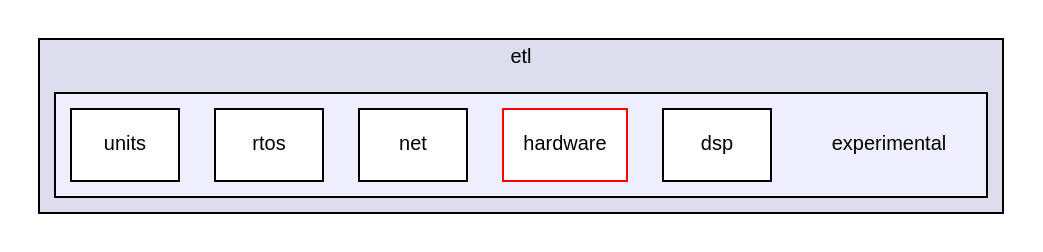
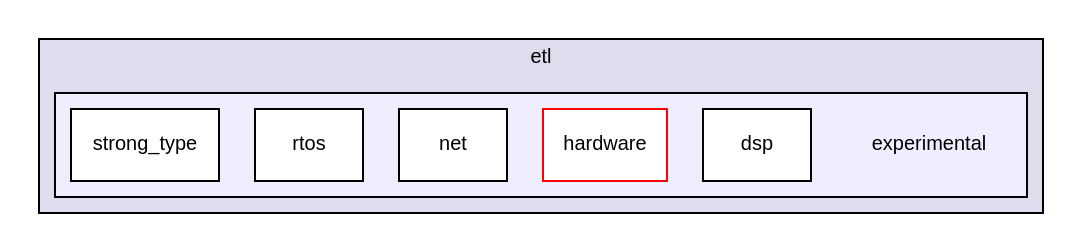
Before and after one commit to tobanteAudio/taetl: the diagram in dir_73b97fca5b9ab7da5e69d28caee4b05d_dep.dot, drawn with Graphviz. The commit also changed 187 other files, not shown here.

```diff
--- a/dir_73b97fca5b9ab7da5e69d28caee4b05d_dep.dot
+++ b/dir_73b97fca5b9ab7da5e69d28caee4b05d_dep.dot
@@ -1,17 +1,17 @@
 digraph "/home/travis/build/tobanteAudio/taetl/etl/experimental" {
   compound=true
   node [ fontsize="10", fontname="Helvetica"];
   edge [ labelfontsize="10", labelfontname="Helvetica"];
   subgraph clusterdir_6adb7a8b31c129f1821662822662f63e {
     graph [ bgcolor="#ddddee", pencolor="black", label="etl" fontname="Helvetica", fontsize="10", URL="dir_6adb7a8b31c129f1821662822662f63e.html"]
   subgraph clusterdir_73b97fca5b9ab7da5e69d28caee4b05d {
     graph [ bgcolor="#eeeeff", pencolor="black", label="" URL="dir_73b97fca5b9ab7da5e69d28caee4b05d.html"];
     dir_73b97fca5b9ab7da5e69d28caee4b05d [shape=plaintext label="experimental"];
     dir_5189e61c6c9dcd11df57c7bd364c724f [shape=box label="dsp" color="black" fillcolor="white" style="filled" URL="dir_5189e61c6c9dcd11df57c7bd364c724f.html"];
     dir_a8cf1f17d7129ce179ef3761c8a177c4 [shape=box label="hardware" color="red" fillcolor="white" style="filled" URL="dir_a8cf1f17d7129ce179ef3761c8a177c4.html"];
     dir_398280f5c0adf6015fcc5e44c44977d7 [shape=box label="net" color="black" fillcolor="white" style="filled" URL="dir_398280f5c0adf6015fcc5e44c44977d7.html"];
     dir_03745a24ac2f70bf7445f82c4befbdf5 [shape=box label="rtos" color="black" fillcolor="white" style="filled" URL="dir_03745a24ac2f70bf7445f82c4befbdf5.html"];
-    dir_983178ed2aeab3fc20e6aaeed68c877b [shape=box label="units" color="black" fillcolor="white" style="filled" URL="dir_983178ed2aeab3fc20e6aaeed68c877b.html"];
+    dir_dcce456d1e55d2b9ee1738b195d7e15e [shape=box label="strong_type" color="black" fillcolor="white" style="filled" URL="dir_dcce456d1e55d2b9ee1738b195d7e15e.html"];
   }
   }
 }
```
